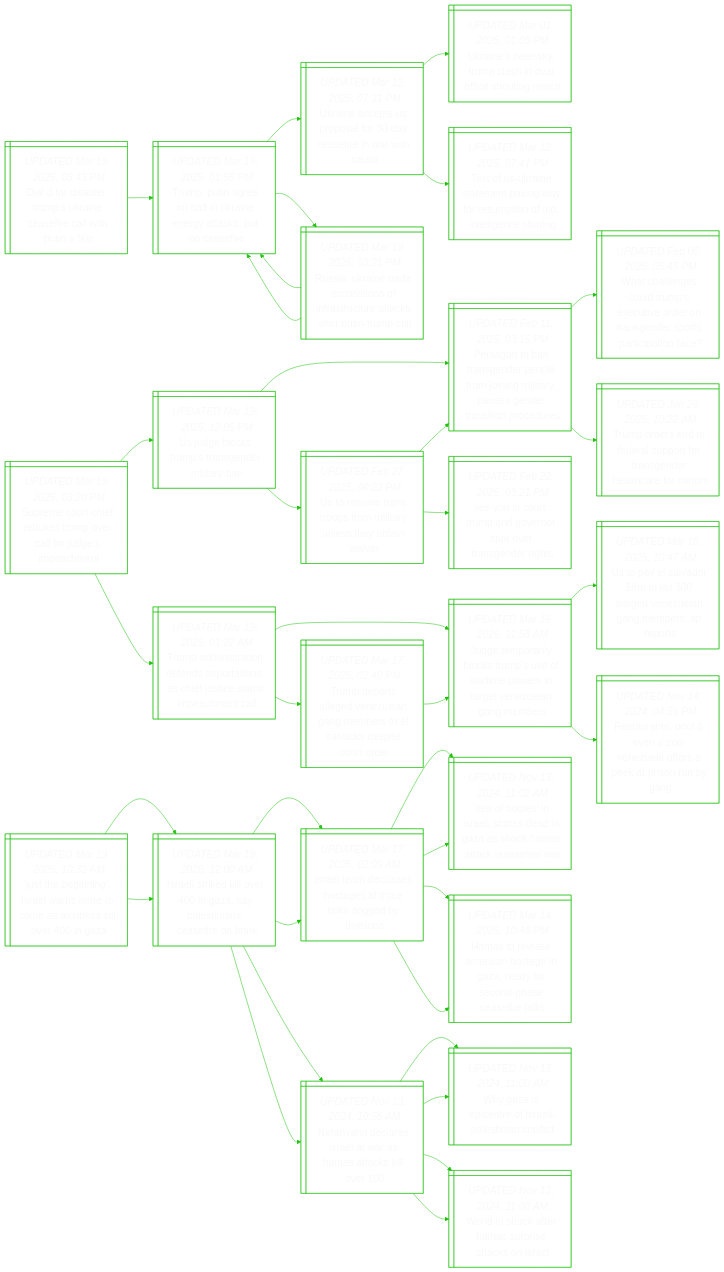
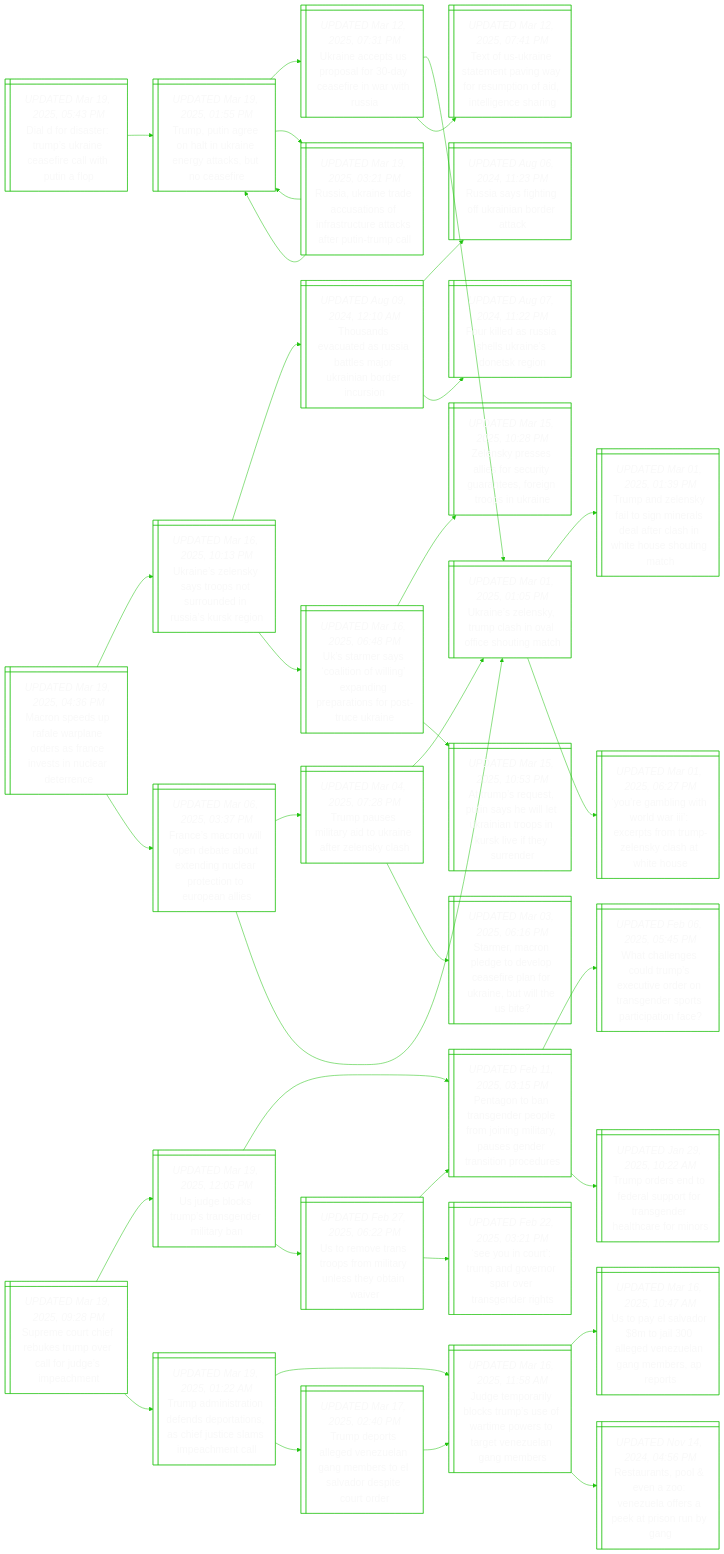
Before and after one commit to notJmes/notJmes: the diagram in README.md, drawn with Mermaid. The commit also changed other lines of this file, not shown here.

````diff
--- a/README.md
+++ b/README.md
@@ -41,7 +41,53 @@
 Raiacifacakeiml:::txtsize --> TPaotreyctar:::txtsize
 Raiacifacakeiml:::txtsize --> TPaotreyctar:::txtsize
 
-Smreurvljsan@{ shape: win-pane, label: "_UPDATED Mar 19, 2025, 03:20 PM_
+Mndawadscenetn@{ shape: win-pane, label: "_UPDATED Mar 19, 2025, 04:36 PM_
+Macron speeds up rafale warplane orders as france invests in nuclear deterrence" }
+Unlytsunnirg@{ shape: win-pane, label: "_UPDATED Mar 16, 2025, 10:13 PM_
+Ukraine’s zelensky says troops not surrounded in russia’s kursk region" }
+TavtRaljradco@{ shape: win-pane, label: "_UPDATED Aug 09, 2024, 12:10 AM_
+Thousands evacuated as russia battles major ukrainian border incursion" }
+Rafifibrc@{ shape: win-pane, label: "_UPDATED Aug 06, 2024, 11:23 PM_
+Russia says fighting off ukrainian border attack" }
+Fiasekeee@{ shape: win-pane, label: "_UPDATED Aug 07, 2024, 11:22 PM_
+Four killed as russia shells ukraine's donetsk region" }
+UasoiwnagaortUn@{ shape: win-pane, label: "_UPDATED Mar 16, 2025, 06:48 PM_
+Uk’s starmer says ‘coalition of willing’ expanding preparations for post-truce ukraine" }
+Zseasetreeria@{ shape: win-pane, label: "_UPDATED Mar 15, 2025, 10:28 PM_
+Zelensky presses allies for security guarantees, foreign troops in ukraine" }
+AmqPselraoKlfsn@{ shape: win-pane, label: "_UPDATED Mar 15, 2025, 10:53 PM_
+At trump’s request, putin says he will let ukrainian troops in kursk live if they surrender" }
+FerlntuegeoiEel@{ shape: win-pane, label: "_UPDATED Mar 06, 2025, 03:37 PM_
+France’s macron will open debate about extending nuclear protection to european allies" }
+Tpstikernl@{ shape: win-pane, label: "_UPDATED Mar 04, 2025, 07:28 PM_
+Trump pauses military aid to ukraine after zelensky clash" }
+Unlyphaiogh@{ shape: win-pane, label: "_UPDATED Mar 01, 2025, 01:05 PM_
+Ukraine’s zelensky, trump clash in oval office shouting match" }
+Sereolarnkeiet@{ shape: win-pane, label: "_UPDATED Mar 03, 2025, 06:16 PM_
+Starmer, macron pledge to develop ceasefire plan for ukraine, but will the us bite?" }
+Unlyphaiogh@{ shape: win-pane, label: "_UPDATED Mar 01, 2025, 01:05 PM_
+Ukraine’s zelensky, trump clash in oval office shouting match" }
+TalytnretaWHsit@{ shape: win-pane, label: "_UPDATED Mar 01, 2025, 01:39 PM_
+Trump and zelensky fail to sign minerals deal after clash in white house shouting match" }
+YgitlIcsTZsaWH@{ shape: win-pane, label: "_UPDATED Mar 01, 2025, 06:27 PM_
+‘you’re gambling with world war iii’: excerpts from trump-zelensky clash at white house" }
+
+Mndawadscenetn:::txtsize --> Unlytsunnirg:::txtsize
+Unlytsunnirg:::txtsize --> TavtRaljradco:::txtsize
+TavtRaljradco:::txtsize --> Rafifibrc:::txtsize
+TavtRaljradco:::txtsize --> Fiasekeee:::txtsize
+Unlytsunnirg:::txtsize --> UasoiwnagaortUn:::txtsize
+UasoiwnagaortUn:::txtsize --> Zseasetreeria:::txtsize
+UasoiwnagaortUn:::txtsize --> AmqPselraoKlfsn:::txtsize
+Mndawadscenetn:::txtsize --> FerlntuegeoiEel:::txtsize
+FerlntuegeoiEel:::txtsize --> Tpstikernl:::txtsize
+Tpstikernl:::txtsize --> Unlyphaiogh:::txtsize
+Tpstikernl:::txtsize --> Sereolarnkeiet:::txtsize
+FerlntuegeoiEel:::txtsize --> Unlyphaiogh:::txtsize
+Unlyphaiogh:::txtsize --> TalytnretaWHsit:::txtsize
+Unlyphaiogh:::txtsize --> YgitlIcsTZsaWH:::txtsize
+
+Smreurvljsan@{ shape: win-pane, label: "_UPDATED Mar 19, 2025, 09:28 PM_
 Supreme court chief rebukes trump over call for judge’s impeachment" }
 Ugcureman@{ shape: win-pane, label: "_UPDATED Mar 19, 2025, 12:05 PM_
 Us judge blocks trump’s transgender military ban" }
@@ -84,50 +130,4 @@
 TaitesroCJcmeel:::txtsize --> Tdteeeamtaopor:::txtsize
 Tdteeeamtaopor:::txtsize --> Jtrykmerpsreeam:::txtsize
 
-Jhigenemiiiea@{ shape: win-pane, label: "_UPDATED Mar 19, 2025, 10:32 AM_
-‘just the beginning’: israel warns more to come as airstrikes kill over 400 in gaza" }
-Iliieaysaarr@{ shape: win-pane, label: "_UPDATED Mar 19, 2025, 12:00 AM_
-Israeli strikes kill over 400 in gaza, say palestinians, ceasefire on brink" }
-Ildsoeraobis@{ shape: win-pane, label: "_UPDATED Mar 17, 2025, 02:09 AM_
-Israel team discusses hostages at truce talks dogged by divisions" }
-Sbsrcdnacaale@{ shape: win-pane, label: "_UPDATED Nov 13, 2024, 11:02 AM_
-‘sea of bodies’ in israel, scores dead in gaza as shock hamas attack unleashes war" }
-Htematnrfcheil@{ shape: win-pane, label: "_UPDATED Mar 14, 2025, 10:48 PM_
-Hamas to release american hostage in gaza, ready for second-phase ceasefire talks" }
-NyeeawHakl@{ shape: win-pane, label: "_UPDATED Nov 13, 2024, 10:58 AM_
-Netanyahu declares israel at war as hamas attacks kill over 100" }
-WzptIleint@{ shape: win-pane, label: "_UPDATED Nov 13, 2024, 11:00 AM_
-Why gaza is epicentre of israeli-palestinian conflict" }
-Wiceapaks@{ shape: win-pane, label: "_UPDATED Nov 13, 2024, 11:00 AM_
-World in shock after hamas surprise attacks on israel" }
-Iliieaysaarr@{ shape: win-pane, label: "_UPDATED Mar 19, 2025, 12:00 AM_
-Israeli strikes kill over 400 in gaza, say palestinians, ceasefire on brink" }
-Ildsoeraobis@{ shape: win-pane, label: "_UPDATED Mar 17, 2025, 02:09 AM_
-Israel team discusses hostages at truce talks dogged by divisions" }
-Sbsrcdnacaale@{ shape: win-pane, label: "_UPDATED Nov 13, 2024, 11:02 AM_
-‘sea of bodies’ in israel, scores dead in gaza as shock hamas attack unleashes war" }
-Htematnrfcheil@{ shape: win-pane, label: "_UPDATED Mar 14, 2025, 10:48 PM_
-Hamas to release american hostage in gaza, ready for second-phase ceasefire talks" }
-NyeeawHakl@{ shape: win-pane, label: "_UPDATED Nov 13, 2024, 10:58 AM_
-Netanyahu declares israel at war as hamas attacks kill over 100" }
-WzptIleint@{ shape: win-pane, label: "_UPDATED Nov 13, 2024, 11:00 AM_
-Why gaza is epicentre of israeli-palestinian conflict" }
-Wiceapaks@{ shape: win-pane, label: "_UPDATED Nov 13, 2024, 11:00 AM_
-World in shock after hamas surprise attacks on israel" }
-
-Jhigenemiiiea:::txtsize --> Iliieaysaarr:::txtsize
-Iliieaysaarr:::txtsize --> Ildsoeraobis:::txtsize
-Ildsoeraobis:::txtsize --> Sbsrcdnacaale:::txtsize
-Ildsoeraobis:::txtsize --> Htematnrfcheil:::txtsize
-Iliieaysaarr:::txtsize --> NyeeawHakl:::txtsize
-NyeeawHakl:::txtsize --> WzptIleint:::txtsize
-NyeeawHakl:::txtsize --> Wiceapaks:::txtsize
-Jhigenemiiiea:::txtsize --> Iliieaysaarr:::txtsize
-Iliieaysaarr:::txtsize --> Ildsoeraobis:::txtsize
-Ildsoeraobis:::txtsize --> Sbsrcdnacaale:::txtsize
-Ildsoeraobis:::txtsize --> Htematnrfcheil:::txtsize
-Iliieaysaarr:::txtsize --> NyeeawHakl:::txtsize
-NyeeawHakl:::txtsize --> WzptIleint:::txtsize
-NyeeawHakl:::txtsize --> Wiceapaks:::txtsize
-
 ```
````
